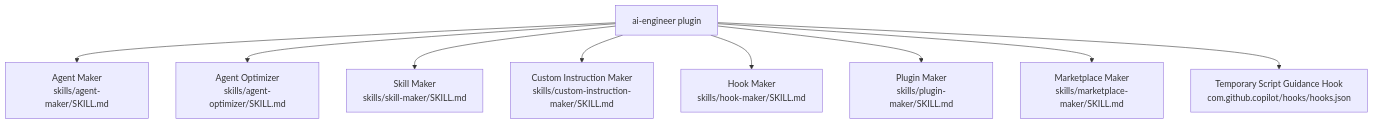
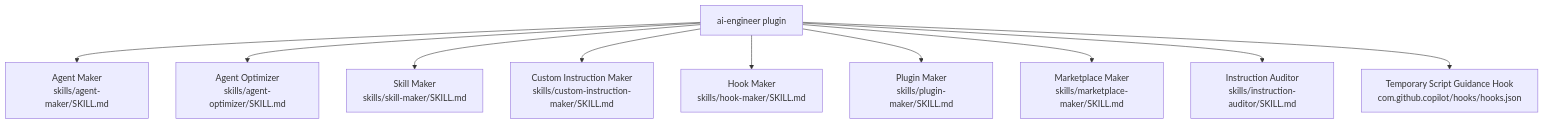
Before and after one commit to dimpletz/prompts-collection: the diagram in plugins/ai-engineer/README.md, drawn with Mermaid. The commit also changed other lines of this file and 30 other files, not shown here.

````diff
--- a/plugins/ai-engineer/README.md
+++ b/plugins/ai-engineer/README.md
@@ -29,12 +29,13 @@
 ```mermaid
 graph TD
     A[ai-engineer plugin]
     A --> B[Agent Maker\nskills/agent-maker/SKILL.md]
     A --> C[Agent Optimizer\nskills/agent-optimizer/SKILL.md]
     A --> D[Skill Maker\nskills/skill-maker/SKILL.md]
     A --> E[Custom Instruction Maker\nskills/custom-instruction-maker/SKILL.md]
     A --> F[Hook Maker\nskills/hook-maker/SKILL.md]
     A --> G[Plugin Maker\nskills/plugin-maker/SKILL.md]
     A --> H[Marketplace Maker\nskills/marketplace-maker/SKILL.md]
+    A --> J[Instruction Auditor\nskills/instruction-auditor/SKILL.md]
     A --> I[Temporary Script Guidance Hook\ncom.github.copilot/hooks/hooks.json]
 ```
````
